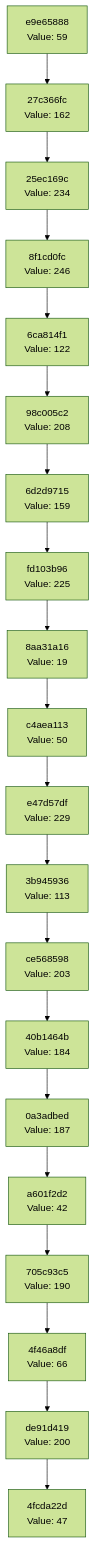
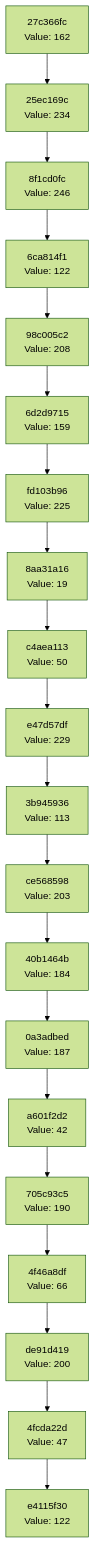
The diagram in docs/CHAIN_VISUALIZATION.md (Abhisheksinha1506/hash-chain-evolver), drawn with Mermaid (forest theme) before and after one commit. The commit also changed 3 other files, not shown here.

````diff
--- a/docs/CHAIN_VISUALIZATION.md
+++ b/docs/CHAIN_VISUALIZATION.md
@@ -3,42 +3,42 @@
 ```mermaid
 graph TD
-    C0["4fcda22d<br/>Value: 47"]
-    C1["de91d419<br/>Value: 200"]
+    C0["e4115f30<br/>Value: 122"]
+    C1["4fcda22d<br/>Value: 47"]
     C1 --> C0
-    C2["4f46a8df<br/>Value: 66"]
+    C2["de91d419<br/>Value: 200"]
     C2 --> C1
-    C3["705c93c5<br/>Value: 190"]
+    C3["4f46a8df<br/>Value: 66"]
     C3 --> C2
-    C4["a601f2d2<br/>Value: 42"]
+    C4["705c93c5<br/>Value: 190"]
     C4 --> C3
-    C5["0a3adbed<br/>Value: 187"]
+    C5["a601f2d2<br/>Value: 42"]
     C5 --> C4
-    C6["40b1464b<br/>Value: 184"]
+    C6["0a3adbed<br/>Value: 187"]
     C6 --> C5
-    C7["ce568598<br/>Value: 203"]
+    C7["40b1464b<br/>Value: 184"]
     C7 --> C6
-    C8["3b945936<br/>Value: 113"]
+    C8["ce568598<br/>Value: 203"]
     C8 --> C7
-    C9["e47d57df<br/>Value: 229"]
+    C9["3b945936<br/>Value: 113"]
     C9 --> C8
-    C10["c4aea113<br/>Value: 50"]
+    C10["e47d57df<br/>Value: 229"]
     C10 --> C9
-    C11["8aa31a16<br/>Value: 19"]
+    C11["c4aea113<br/>Value: 50"]
     C11 --> C10
-    C12["fd103b96<br/>Value: 225"]
+    C12["8aa31a16<br/>Value: 19"]
     C12 --> C11
-    C13["6d2d9715<br/>Value: 159"]
+    C13["fd103b96<br/>Value: 225"]
     C13 --> C12
-    C14["98c005c2<br/>Value: 208"]
+    C14["6d2d9715<br/>Value: 159"]
     C14 --> C13
-    C15["6ca814f1<br/>Value: 122"]
+    C15["98c005c2<br/>Value: 208"]
     C15 --> C14
-    C16["8f1cd0fc<br/>Value: 246"]
+    C16["6ca814f1<br/>Value: 122"]
     C16 --> C15
-    C17["25ec169c<br/>Value: 234"]
+    C17["8f1cd0fc<br/>Value: 246"]
     C17 --> C16
-    C18["27c366fc<br/>Value: 162"]
+    C18["25ec169c<br/>Value: 234"]
     C18 --> C17
-    C19["e9e65888<br/>Value: 59"]
+    C19["27c366fc<br/>Value: 162"]
     C19 --> C18
 ```
````
